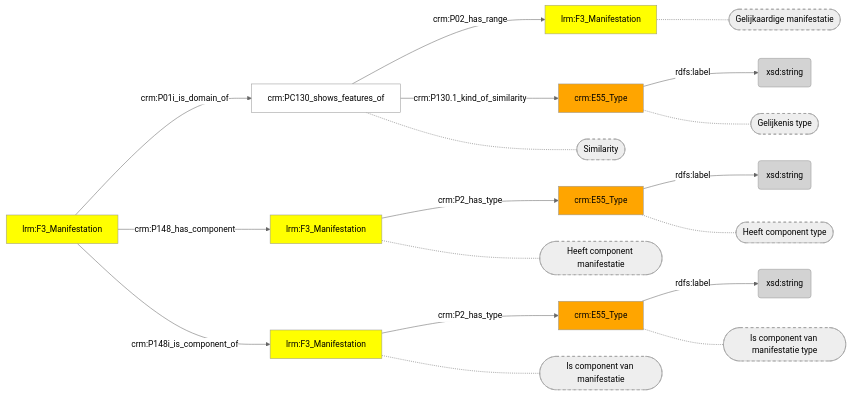
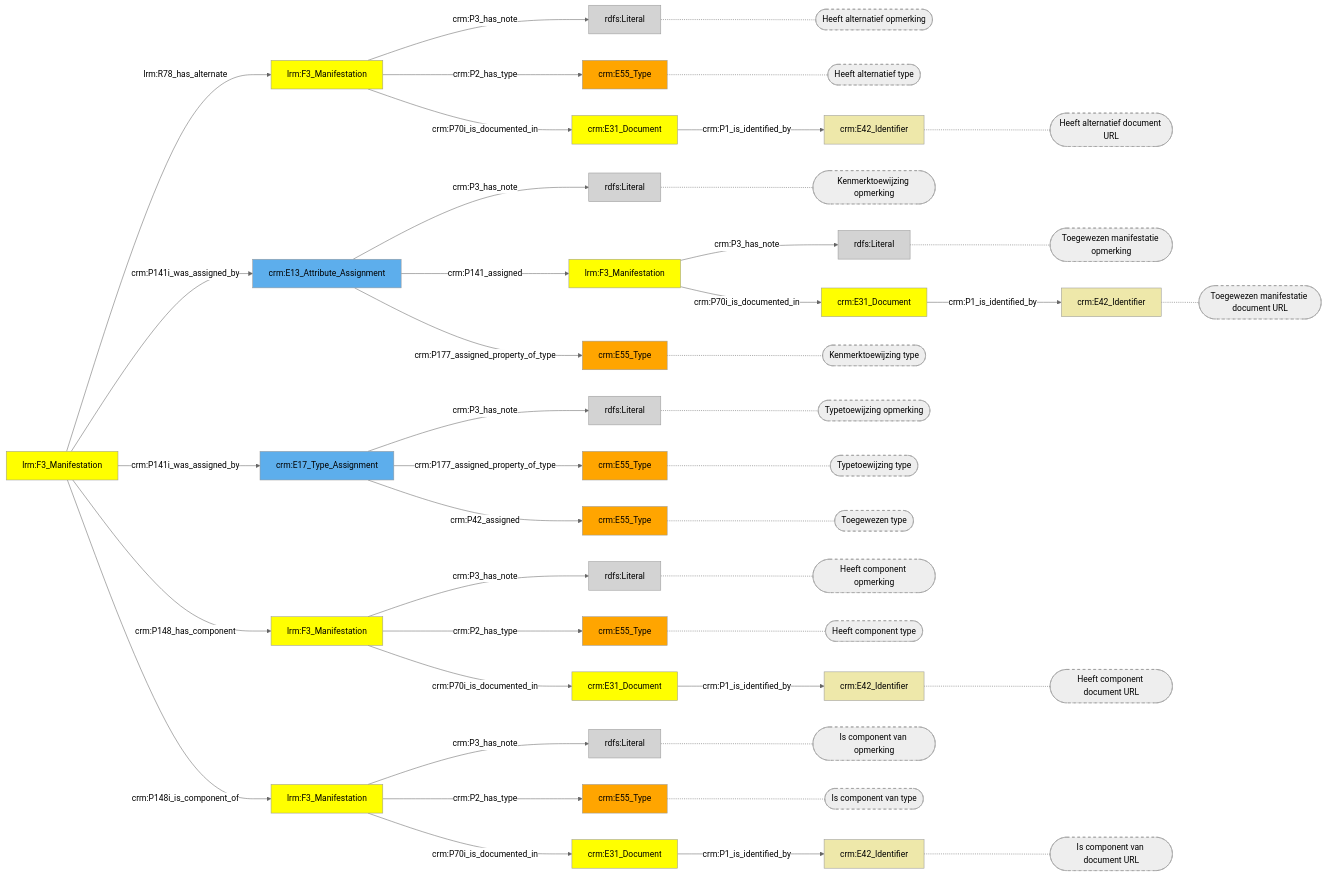
Before and after one commit to digipolisantwerpdocumentation/antwerp-cultureel-erfgoed: the diagram in docs/content/modellen/BibliographicalManifestation/Verwijzingen.md, drawn with Mermaid (neutral theme). The commit also changed 170 other files, not shown here.

````diff
--- a/docs/content/modellen/BibliographicalManifestation/Verwijzingen.md
+++ b/docs/content/modellen/BibliographicalManifestation/Verwijzingen.md
@@ -1,38 +1,88 @@
 ```mermaid
 graph LR
-17e0f3de-8e93-11ee-8f9d-96a6d245525a["crm:E55_Type"]-->|"rdfs:label"|17e0fb22-8e93-11ee-8f9d-96a6d245525a(xsd:string)
-83463627-934d-11ee-9e33-960002548b4f["crm:E55_Type"]-->|"rdfs:label"|834639ce-934d-11ee-a516-960002548b4f(xsd:string)
-a13e386b-934d-11ee-a820-960002548b4f["crm:E55_Type"]-->|"rdfs:label"|a13e3c31-934d-11ee-a98f-960002548b4f(xsd:string)
-17e0cdb4-8e93-11ee-8f9d-96a6d245525a["crm:PC130_shows_features_of"]-->|"crm:P02_has_range"|17e10d06-8e93-11ee-8f9d-96a6d245525a["lrm:F3_Manifestation"]
-17e0cdb4-8e93-11ee-8f9d-96a6d245525a["crm:PC130_shows_features_of"]-->|"crm:P130.1_kind_of_similarity"|17e0f3de-8e93-11ee-8f9d-96a6d245525a["crm:E55_Type"]
-17e0efec-8e93-11ee-8f9d-96a6d245525a["lrm:F3_Manifestation"]-->|"crm:P01i_is_domain_of"|17e0cdb4-8e93-11ee-8f9d-96a6d245525a["crm:PC130_shows_features_of"]
+style 07dd8e77-23f8-11ef-85f0-960002548b4f fill:#EEE8AA
+style 0bb0c281-2d44-11ef-8085-960002548b4f fill:#ffff00
+style 17e0efec-8e93-11ee-8f9d-96a6d245525a fill:#ffff00
+style 26e47ef6-23f7-11ef-a802-960002548b4f fill:#D3D3D3
+style 442fa8b0-1852-11ef-8081-960002548b4f fill:#5DAEEC
+style 442fab11-1852-11ef-9e10-960002548b4f fill:#ffa500
+style 442fabee-1852-11ef-b140-960002548b4f fill:#D3D3D3
+style 442fac72-1852-11ef-827b-960002548b4f fill:#ffff00
+style 460a5a0c-2d45-11ef-ad89-960002548b4f fill:#ffff00
+style 460a5d99-2d45-11ef-aece-960002548b4f fill:#EEE8AA
+style 578928b6-23f7-11ef-a74c-960002548b4f fill:#ffff00
+style 5aca3730-8e95-11ee-8f9d-96a6d245525a fill:#ffff00
+style 5b549843-1852-11ef-8f9b-960002548b4f fill:#5DAEEC
+style 5b549a79-1852-11ef-a67b-960002548b4f fill:#ffa500
+style 5b549b31-1852-11ef-9c37-960002548b4f fill:#ffa500
+style 5b549caf-1852-11ef-81e2-960002548b4f fill:#D3D3D3
+style 630087c4-23ea-11ef-bd1e-960002548b4f fill:#D3D3D3
+style 654f9122-8e96-11ee-8f9d-96a6d245525a fill:#ffff00
+style 6e33c4fa-2d45-11ef-8aa2-960002548b4f fill:#ffa500
+style 6ea3fa25-23f7-11ef-97b7-960002548b4f fill:#EEE8AA
+style 80479a48-2d45-11ef-b3ae-960002548b4f fill:#D3D3D3
+style 83463627-934d-11ee-9e33-960002548b4f fill:#ffa500
+style a13e386b-934d-11ee-a820-960002548b4f fill:#ffa500
+style a63c7c12-23eb-11ef-8a46-960002548b4f fill:#D3D3D3
+style bbb3a574-23f6-11ef-9d0c-960002548b4f fill:#ffff00
+style e183d2ec-23f7-11ef-800b-960002548b4f fill:#ffff00
+style eb354528-23f6-11ef-aa00-960002548b4f fill:#EEE8AA
+0bb0c281-2d44-11ef-8085-960002548b4f["lrm:F3_Manifestation"]-->|"crm:P3_has_note"|80479a48-2d45-11ef-b3ae-960002548b4f(rdfs:Literal)
+442fa8b0-1852-11ef-8081-960002548b4f["crm:E13_Attribute_Assignment"]-->|"crm:P3_has_note"|442fabee-1852-11ef-b140-960002548b4f(rdfs:Literal)
+442fac72-1852-11ef-827b-960002548b4f["lrm:F3_Manifestation"]-->|"crm:P3_has_note"|26e47ef6-23f7-11ef-a802-960002548b4f(rdfs:Literal)
+5aca3730-8e95-11ee-8f9d-96a6d245525a["lrm:F3_Manifestation"]-->|"crm:P3_has_note"|630087c4-23ea-11ef-bd1e-960002548b4f(rdfs:Literal)
+5b549843-1852-11ef-8f9b-960002548b4f["crm:E17_Type_Assignment"]-->|"crm:P3_has_note"|5b549caf-1852-11ef-81e2-960002548b4f(rdfs:Literal)
+654f9122-8e96-11ee-8f9d-96a6d245525a["lrm:F3_Manifestation"]-->|"crm:P3_has_note"|a63c7c12-23eb-11ef-8a46-960002548b4f(rdfs:Literal)
+style 6e33c4fa-2d45-11ef-8aa2-960002548b4f_s stroke-dasharray: 5
+style 80479a48-2d45-11ef-b3ae-960002548b4f_s stroke-dasharray: 5
+style 442fab11-1852-11ef-9e10-960002548b4f_s stroke-dasharray: 5
+style 442fabee-1852-11ef-b140-960002548b4f_s stroke-dasharray: 5
+style 26e47ef6-23f7-11ef-a802-960002548b4f_s stroke-dasharray: 5
+style 460a5d99-2d45-11ef-aece-960002548b4f_s stroke-dasharray: 5
+style 6ea3fa25-23f7-11ef-97b7-960002548b4f_s stroke-dasharray: 5
+style 83463627-934d-11ee-9e33-960002548b4f_s stroke-dasharray: 5
+style 630087c4-23ea-11ef-bd1e-960002548b4f_s stroke-dasharray: 5
+style 5b549a79-1852-11ef-a67b-960002548b4f_s stroke-dasharray: 5
+style 5b549caf-1852-11ef-81e2-960002548b4f_s stroke-dasharray: 5
+style 5b549b31-1852-11ef-9c37-960002548b4f_s stroke-dasharray: 5
+style a13e386b-934d-11ee-a820-960002548b4f_s stroke-dasharray: 5
+style a63c7c12-23eb-11ef-8a46-960002548b4f_s stroke-dasharray: 5
+style eb354528-23f6-11ef-aa00-960002548b4f_s stroke-dasharray: 5
+style 07dd8e77-23f8-11ef-85f0-960002548b4f_s stroke-dasharray: 5
+6e33c4fa-2d45-11ef-8aa2-960002548b4f["crm:E55_Type"]-.-6e33c4fa-2d45-11ef-8aa2-960002548b4f_s(["Heeft alternatief type"])
+80479a48-2d45-11ef-b3ae-960002548b4f["rdfs:Literal"]-.-80479a48-2d45-11ef-b3ae-960002548b4f_s(["Heeft alternatief opmerking"])
+442fab11-1852-11ef-9e10-960002548b4f["crm:E55_Type"]-.-442fab11-1852-11ef-9e10-960002548b4f_s(["Kenmerktoewijzing type"])
+442fabee-1852-11ef-b140-960002548b4f["rdfs:Literal"]-.-442fabee-1852-11ef-b140-960002548b4f_s(["Kenmerktoewijzing opmerking"])
+26e47ef6-23f7-11ef-a802-960002548b4f["rdfs:Literal"]-.-26e47ef6-23f7-11ef-a802-960002548b4f_s(["Toegewezen manifestatie opmerking"])
+460a5d99-2d45-11ef-aece-960002548b4f["crm:E42_Identifier"]-.-460a5d99-2d45-11ef-aece-960002548b4f_s(["Heeft alternatief document URL"])
+6ea3fa25-23f7-11ef-97b7-960002548b4f["crm:E42_Identifier"]-.-6ea3fa25-23f7-11ef-97b7-960002548b4f_s(["Is component van document URL"])
+83463627-934d-11ee-9e33-960002548b4f["crm:E55_Type"]-.-83463627-934d-11ee-9e33-960002548b4f_s(["Is component van type"])
+630087c4-23ea-11ef-bd1e-960002548b4f["rdfs:Literal"]-.-630087c4-23ea-11ef-bd1e-960002548b4f_s(["Is component van opmerking"])
+5b549a79-1852-11ef-a67b-960002548b4f["crm:E55_Type"]-.-5b549a79-1852-11ef-a67b-960002548b4f_s(["Typetoewijzing type"])
+5b549caf-1852-11ef-81e2-960002548b4f["rdfs:Literal"]-.-5b549caf-1852-11ef-81e2-960002548b4f_s(["Typetoewijzing opmerking"])
+5b549b31-1852-11ef-9c37-960002548b4f["crm:E55_Type"]-.-5b549b31-1852-11ef-9c37-960002548b4f_s(["Toegewezen type"])
+a13e386b-934d-11ee-a820-960002548b4f["crm:E55_Type"]-.-a13e386b-934d-11ee-a820-960002548b4f_s(["Heeft component type"])
+a63c7c12-23eb-11ef-8a46-960002548b4f["rdfs:Literal"]-.-a63c7c12-23eb-11ef-8a46-960002548b4f_s(["Heeft component opmerking"])
+eb354528-23f6-11ef-aa00-960002548b4f["crm:E42_Identifier"]-.-eb354528-23f6-11ef-aa00-960002548b4f_s(["Toegewezen manifestatie document URL"])
+07dd8e77-23f8-11ef-85f0-960002548b4f["crm:E42_Identifier"]-.-07dd8e77-23f8-11ef-85f0-960002548b4f_s(["Heeft component document URL"])
+0bb0c281-2d44-11ef-8085-960002548b4f["lrm:F3_Manifestation"]-->|"crm:P2_has_type"|6e33c4fa-2d45-11ef-8aa2-960002548b4f["crm:E55_Type"]
+0bb0c281-2d44-11ef-8085-960002548b4f["lrm:F3_Manifestation"]-->|"crm:P70i_is_documented_in"|460a5a0c-2d45-11ef-ad89-960002548b4f["crm:E31_Document"]
+17e0efec-8e93-11ee-8f9d-96a6d245525a["lrm:F3_Manifestation"]-->|"lrm:R78_has_alternate"|0bb0c281-2d44-11ef-8085-960002548b4f["lrm:F3_Manifestation"]
+17e0efec-8e93-11ee-8f9d-96a6d245525a["lrm:F3_Manifestation"]-->|"crm:P141i_was_assigned_by"|442fa8b0-1852-11ef-8081-960002548b4f["crm:E13_Attribute_Assignment"]
+17e0efec-8e93-11ee-8f9d-96a6d245525a["lrm:F3_Manifestation"]-->|"crm:P141i_was_assigned_by"|5b549843-1852-11ef-8f9b-960002548b4f["crm:E17_Type_Assignment"]
 17e0efec-8e93-11ee-8f9d-96a6d245525a["lrm:F3_Manifestation"]-->|"crm:P148_has_component"|654f9122-8e96-11ee-8f9d-96a6d245525a["lrm:F3_Manifestation"]
 17e0efec-8e93-11ee-8f9d-96a6d245525a["lrm:F3_Manifestation"]-->|"crm:P148i_is_component_of"|5aca3730-8e95-11ee-8f9d-96a6d245525a["lrm:F3_Manifestation"]
+442fa8b0-1852-11ef-8081-960002548b4f["crm:E13_Attribute_Assignment"]-->|"crm:P141_assigned"|442fac72-1852-11ef-827b-960002548b4f["lrm:F3_Manifestation"]
+442fa8b0-1852-11ef-8081-960002548b4f["crm:E13_Attribute_Assignment"]-->|"crm:P177_assigned_property_of_type"|442fab11-1852-11ef-9e10-960002548b4f["crm:E55_Type"]
+442fac72-1852-11ef-827b-960002548b4f["lrm:F3_Manifestation"]-->|"crm:P70i_is_documented_in"|bbb3a574-23f6-11ef-9d0c-960002548b4f["crm:E31_Document"]
+460a5a0c-2d45-11ef-ad89-960002548b4f["crm:E31_Document"]-->|"crm:P1_is_identified_by"|460a5d99-2d45-11ef-aece-960002548b4f["crm:E42_Identifier"]
+578928b6-23f7-11ef-a74c-960002548b4f["crm:E31_Document"]-->|"crm:P1_is_identified_by"|6ea3fa25-23f7-11ef-97b7-960002548b4f["crm:E42_Identifier"]
 5aca3730-8e95-11ee-8f9d-96a6d245525a["lrm:F3_Manifestation"]-->|"crm:P2_has_type"|83463627-934d-11ee-9e33-960002548b4f["crm:E55_Type"]
+5aca3730-8e95-11ee-8f9d-96a6d245525a["lrm:F3_Manifestation"]-->|"crm:P70i_is_documented_in"|578928b6-23f7-11ef-a74c-960002548b4f["crm:E31_Document"]
+5b549843-1852-11ef-8f9b-960002548b4f["crm:E17_Type_Assignment"]-->|"crm:P177_assigned_property_of_type"|5b549a79-1852-11ef-a67b-960002548b4f["crm:E55_Type"]
+5b549843-1852-11ef-8f9b-960002548b4f["crm:E17_Type_Assignment"]-->|"crm:P42_assigned"|5b549b31-1852-11ef-9c37-960002548b4f["crm:E55_Type"]
 654f9122-8e96-11ee-8f9d-96a6d245525a["lrm:F3_Manifestation"]-->|"crm:P2_has_type"|a13e386b-934d-11ee-a820-960002548b4f["crm:E55_Type"]
-17e10d06-8e93-11ee-8f9d-96a6d245525a["lrm:F3_Manifestation"]-.-17e10d06-8e93-11ee-8f9d-96a6d245525a_s(["Gelijkaardige manifestatie"])
-17e0f3de-8e93-11ee-8f9d-96a6d245525a["crm:E55_Type"]-.-17e0f3de-8e93-11ee-8f9d-96a6d245525a_s(["Gelijkenis type"])
-17e0cdb4-8e93-11ee-8f9d-96a6d245525a["crm:PC130_shows_features_of"]-.-17e0cdb4-8e93-11ee-8f9d-96a6d245525a_s(["Similarity"])
-654f9122-8e96-11ee-8f9d-96a6d245525a["lrm:F3_Manifestation"]-.-654f9122-8e96-11ee-8f9d-96a6d245525a_s(["Heeft component manifestatie"])
-5aca3730-8e95-11ee-8f9d-96a6d245525a["lrm:F3_Manifestation"]-.-5aca3730-8e95-11ee-8f9d-96a6d245525a_s(["Is component van manifestatie"])
-83463627-934d-11ee-9e33-960002548b4f["crm:E55_Type"]-.-83463627-934d-11ee-9e33-960002548b4f_s(["Is component van manifestatie type"])
-a13e386b-934d-11ee-a820-960002548b4f["crm:E55_Type"]-.-a13e386b-934d-11ee-a820-960002548b4f_s(["Heeft component type"])
-style 17e10d06-8e93-11ee-8f9d-96a6d245525a_s stroke-dasharray: 5
-style 17e0f3de-8e93-11ee-8f9d-96a6d245525a_s stroke-dasharray: 5
-style 17e0cdb4-8e93-11ee-8f9d-96a6d245525a_s stroke-dasharray: 5
-style 654f9122-8e96-11ee-8f9d-96a6d245525a_s stroke-dasharray: 5
-style 5aca3730-8e95-11ee-8f9d-96a6d245525a_s stroke-dasharray: 5
-style 83463627-934d-11ee-9e33-960002548b4f_s stroke-dasharray: 5
-style a13e386b-934d-11ee-a820-960002548b4f_s stroke-dasharray: 5
-style 17e0cdb4-8e93-11ee-8f9d-96a6d245525a fill:#ffffff
-style 17e0efec-8e93-11ee-8f9d-96a6d245525a fill:#ffff00
-style 17e0f3de-8e93-11ee-8f9d-96a6d245525a fill:#ffa500
-style 17e0fb22-8e93-11ee-8f9d-96a6d245525a fill:#D3D3D3
-style 17e10d06-8e93-11ee-8f9d-96a6d245525a fill:#ffff00
-style 5aca3730-8e95-11ee-8f9d-96a6d245525a fill:#ffff00
-style 654f9122-8e96-11ee-8f9d-96a6d245525a fill:#ffff00
-style 83463627-934d-11ee-9e33-960002548b4f fill:#ffa500
-style 834639ce-934d-11ee-a516-960002548b4f fill:#D3D3D3
-style a13e386b-934d-11ee-a820-960002548b4f fill:#ffa500
-style a13e3c31-934d-11ee-a98f-960002548b4f fill:#D3D3D3
+654f9122-8e96-11ee-8f9d-96a6d245525a["lrm:F3_Manifestation"]-->|"crm:P70i_is_documented_in"|e183d2ec-23f7-11ef-800b-960002548b4f["crm:E31_Document"]
+bbb3a574-23f6-11ef-9d0c-960002548b4f["crm:E31_Document"]-->|"crm:P1_is_identified_by"|eb354528-23f6-11ef-aa00-960002548b4f["crm:E42_Identifier"]
+e183d2ec-23f7-11ef-800b-960002548b4f["crm:E31_Document"]-->|"crm:P1_is_identified_by"|07dd8e77-23f8-11ef-85f0-960002548b4f["crm:E42_Identifier"]
 ```
````
